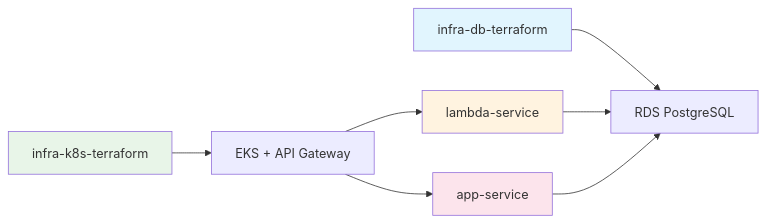
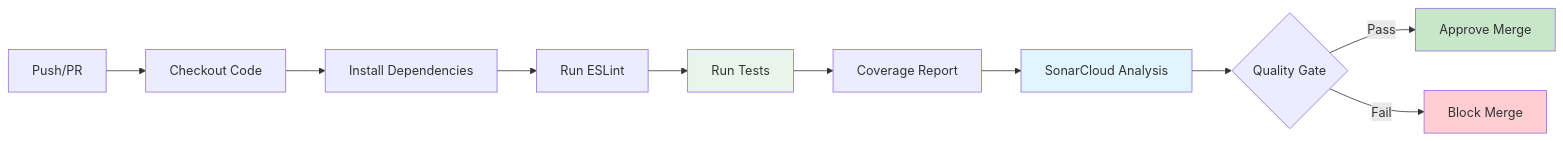
Before and after one commit to FIAP-Tech-Challange/.github: the fourth of 7 diagrams in profile/README.md, drawn with Mermaid. The commit also changed other lines of this file, not shown here.

````diff
--- a/profile/README.md
+++ b/profile/README.md
@@ -162,14 +370,17 @@
 ```mermaid
 graph LR
-    A[infra-db-terraform] --> B[RDS PostgreSQL]
-    C[lambda-service] --> B
-    D[infra-k8s-terraform] --> E[EKS + API Gateway]
-    E --> C
-    F[app-service] --> B
-    E --> F
+    A[Push/PR] --> B[Checkout Code]
+    B --> C[Install Dependencies]
+    C --> D[Run ESLint]
+    D --> E[Run Tests]
+    E --> F[Coverage Report]
+    F --> G[SonarCloud Analysis]
+    G --> H{Quality Gate}
+    H -->|Pass| I[Approve Merge]
+    H -->|Fail| J[Block Merge]
 
-    style A fill:#e1f5fe
-    style C fill:#fff3e0
-    style D fill:#e8f5e8
-    style F fill:#fce4ec
+    style E fill:#e8f5e8
+    style G fill:#e1f5fe
+    style I fill:#c8e6c9
+    style J fill:#ffcdd2
 ```
````
